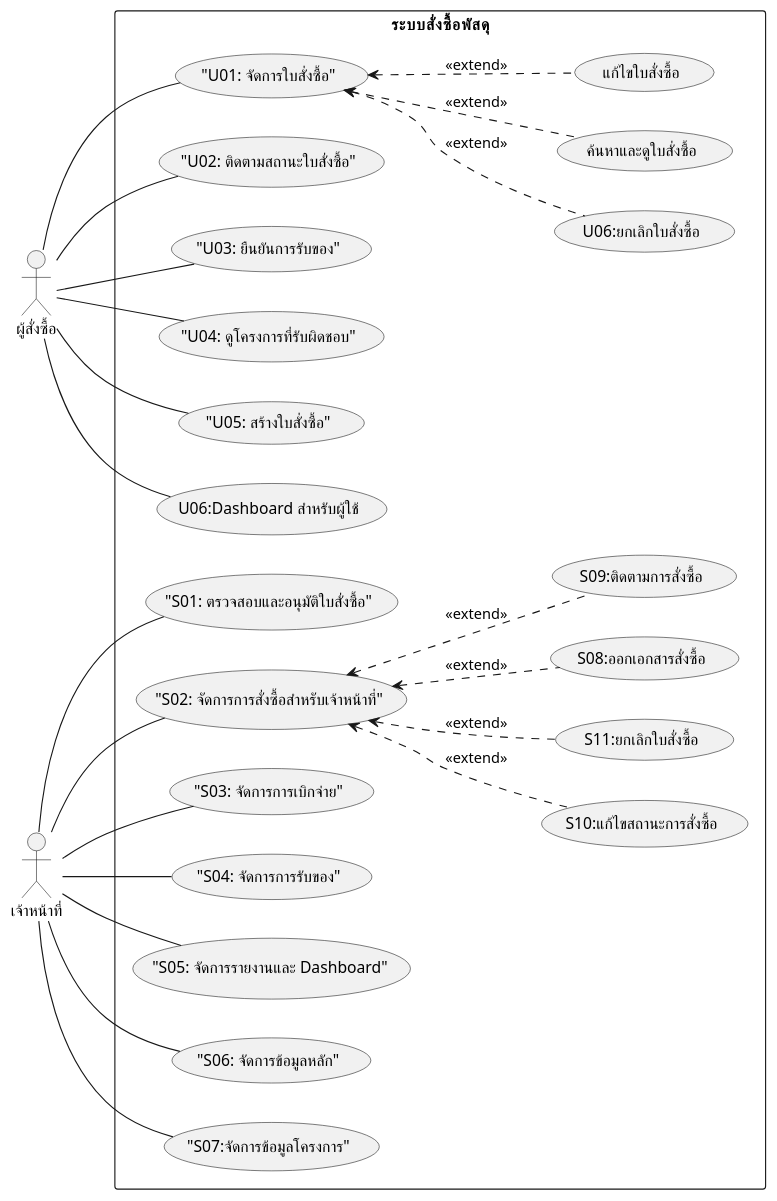
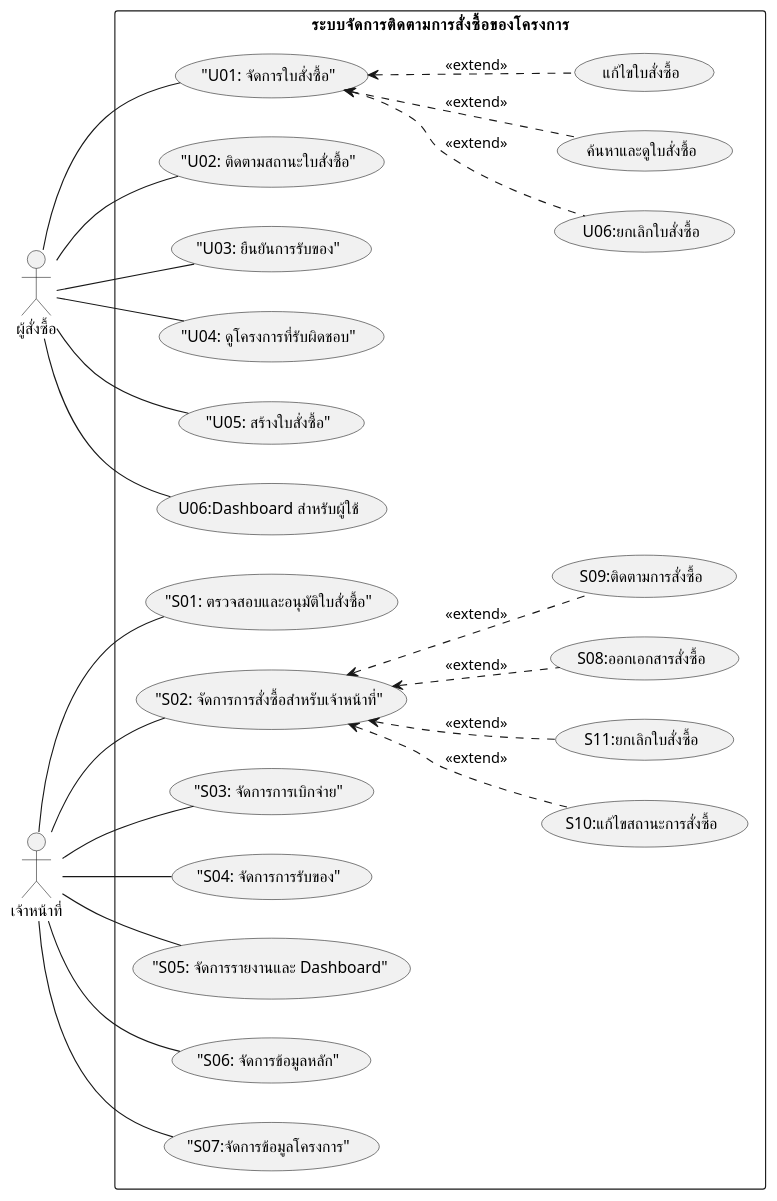
The diagram in Diagram/usecase.puml (Thavizup-Deesan/DSSI-PROJECT-2568), drawn with PlantUML before and after one commit. The commit also changed 51 other files, not shown here.

```diff
--- a/Diagram/usecase.puml
+++ b/Diagram/usecase.puml
@@ -1,45 +1,45 @@
 @startuml
 left to right direction
 
 actor "ผู้สั่งซื้อ" as User
 actor "เจ้าหน้าที่" as Staff
 
 
-rectangle "ระบบสั่งซื้อพัสดุ" {
+rectangle "ระบบจัดการติดตามการสั่งซื้อของโครงการ" {
  ("U01: จัดการใบสั่งซื้อ") as U01
  ("U02: ติดตามสถานะใบสั่งซื้อ") as U02
  ("U03: ยืนยันการรับของ") as U03
  ("U04: ดูโครงการที่รับผิดชอบ") as U04
  ("U05: สร้างใบสั่งซื้อ") as U05
  ("S01: ตรวจสอบและอนุมัติใบสั่งซื้อ") as S01
  ("S02: จัดการการสั่งซื้อสำหรับเจ้าหน้าที่") as S02
  ("S03: จัดการการเบิกจ่าย") as S03
  ("S04: จัดการการรับของ") as S04
   ("S05: จัดการรายงานและ Dashboard") as S05
    ("S06: จัดการข้อมูลหลัก") as S06
    ("S07:จัดการข้อมูลโครงการ") as S07
   User -- U01
   User -- U02
   User -- U03
   User -- U04
   User -- U05
   User -- (U06:Dashboard สำหรับผู้ใช้)
 
 
   U01 <.. (แก้ไขใบสั่งซื้อ) : <<extend>>
   U01 <.. (U06:ยกเลิกใบสั่งซื้อ) : <<extend>>
   U01 <..(ค้นหาและดูใบสั่งซื้อ) : <<extend>>
 
   Staff --  S01
   Staff --  S02
   Staff --  S03
   Staff -- S04
   Staff -- S05
   Staff -- S06
   Staff -- S07
   (S02) <.. (S11:ยกเลิกใบสั่งซื้อ) : <<extend>>
   (S02) <.. (S08:ออกเอกสารสั่งซื้อ) : <<extend>>
   (S02) <.. (S09:ติดตามการสั่งซื้อ) : <<extend>>
   (S02) <.. (S10:แก้ไขสถานะการสั่งซื้อ) : <<extend>>
 }
 @enduml
```
